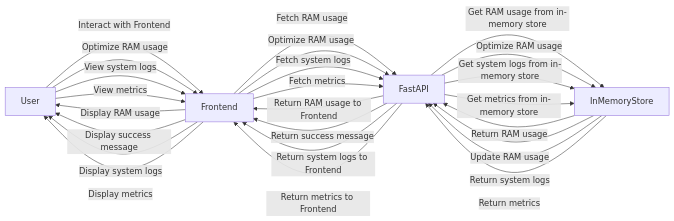
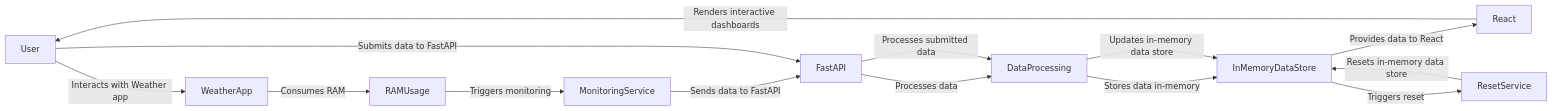
Before and after one commit to coddyieee-sketch/ram-weather-optimizer-tool: the diagram in README.md, drawn with Mermaid. The commit also changed other lines of this file and 6 other files, not shown here.

First line of the commit message:
feat: initial release of ram-weather-optimizer-tool for 'Windows 11's built-in Weather app wastes more than 1 GB of RAM'

````diff
--- a/README.md
+++ b/README.md
@@ -22,27 +24,16 @@
 ```mermaid
 graph LR
-    User -->|Interact with Frontend| Frontend
-    Frontend -->|Fetch RAM usage| FastAPI
-    FastAPI -->|Get RAM usage from in-memory store| InMemoryStore
-    InMemoryStore -->|Return RAM usage| FastAPI
-    FastAPI -->|Return RAM usage to Frontend| Frontend
-    Frontend -->|Display RAM usage| User
-    User -->|Optimize RAM usage| Frontend
-    Frontend -->|Optimize RAM usage| FastAPI
-    FastAPI -->|Optimize RAM usage| InMemoryStore
-    InMemoryStore -->|Update RAM usage| FastAPI
-    FastAPI -->|Return success message| Frontend
-    Frontend -->|Display success message| User
-    User -->|View system logs| Frontend
-    Frontend -->|Fetch system logs| FastAPI
-    FastAPI -->|Get system logs from in-memory store| InMemoryStore
-    InMemoryStore -->|Return system logs| FastAPI
-    FastAPI -->|Return system logs to Frontend| Frontend
-    Frontend -->|Display system logs| User
-    User -->|View metrics| Frontend
-    Frontend -->|Fetch metrics| FastAPI
-    FastAPI -->|Get metrics from in-memory store| InMemoryStore
-    InMemoryStore -->|Return metrics| FastAPI
-    FastAPI -->|Return metrics to Frontend| Frontend
-    Frontend -->|Display metrics| User
+    User -->|Interacts with Weather app| WeatherApp
+    WeatherApp -->|Consumes RAM| RAMUsage
+    RAMUsage -->|Triggers monitoring| MonitoringService
+    MonitoringService -->|Sends data to FastAPI| FastAPI
+    FastAPI -->|Processes data| DataProcessing
+    DataProcessing -->|Stores data in-memory| InMemoryDataStore
+    InMemoryDataStore -->|Provides data to React| React
+    React -->|Renders interactive dashboards| User
+    User -->|Submits data to FastAPI| FastAPI
+    FastAPI -->|Processes submitted data| DataProcessing
+    DataProcessing -->|Updates in-memory data store| InMemoryDataStore
+    InMemoryDataStore -->|Triggers reset| ResetService
+    ResetService -->|Resets in-memory data store| InMemoryDataStore
 ```
````
